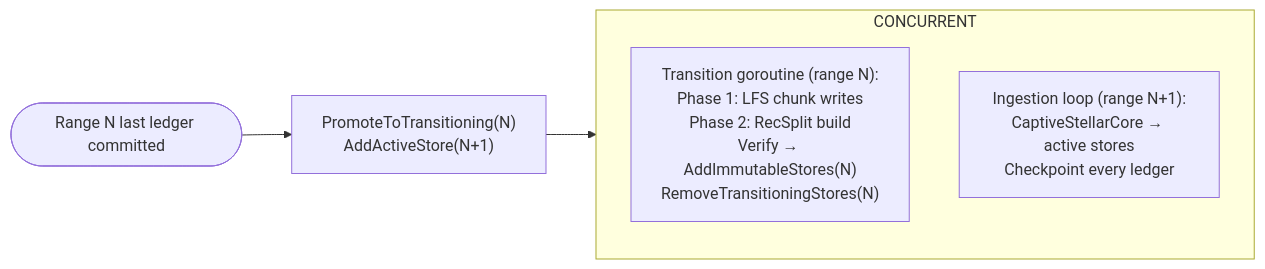
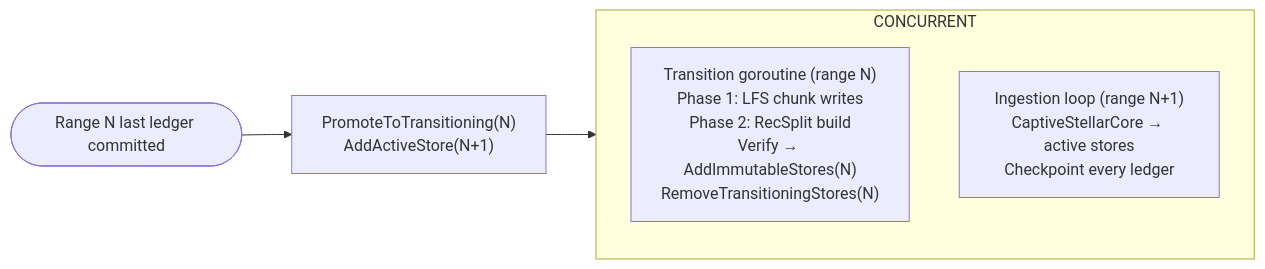
Before and after one commit to karthikiyer56/stellar-full-history-ingestion: the second of 7 diagrams in design-docs-v2/08-query-routing.md, drawn with Mermaid. The commit also changed other lines of this file, not shown here.

Commit message:
fix: replace \n with <br/> in mermaid nodes, split getTransactionByHash into 4 stage diagrams

````diff
--- a/design-docs-v2/08-query-routing.md
+++ b/design-docs-v2/08-query-routing.md
@@ -409,13 +393,13 @@
 ```mermaid
 flowchart LR
     T0(["Range N last ledger committed"])
-    P["PromoteToTransitioning(N)\nAddActiveStore(N+1)"]
+    P["PromoteToTransitioning(N)<br/>AddActiveStore(N+1)"]
 
     subgraph CONCURRENT
-        TG["Transition goroutine (range N):\nPhase 1: LFS chunk writes\nPhase 2: RecSplit build\nVerify → AddImmutableStores(N)\nRemoveTransitioningStores(N)"]
-        IG["Ingestion loop (range N+1):\nCaptiveStellarCore → active stores\nCheckpoint every ledger"]
+        TG["Transition goroutine (range N)<br/>Phase 1: LFS chunk writes<br/>Phase 2: RecSplit build<br/>Verify → AddImmutableStores(N)<br/>RemoveTransitioningStores(N)"]
+        IG["Ingestion loop (range N+1)<br/>CaptiveStellarCore → active stores<br/>Checkpoint every ledger"]
     end
 
     T0 --> P
     P --> CONCURRENT
 ```
````
